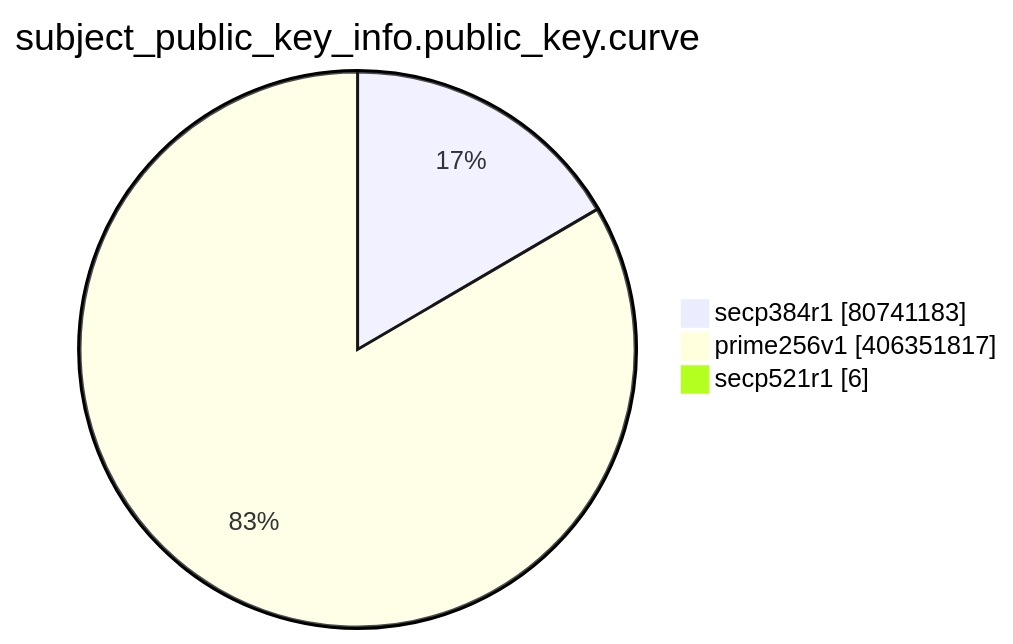
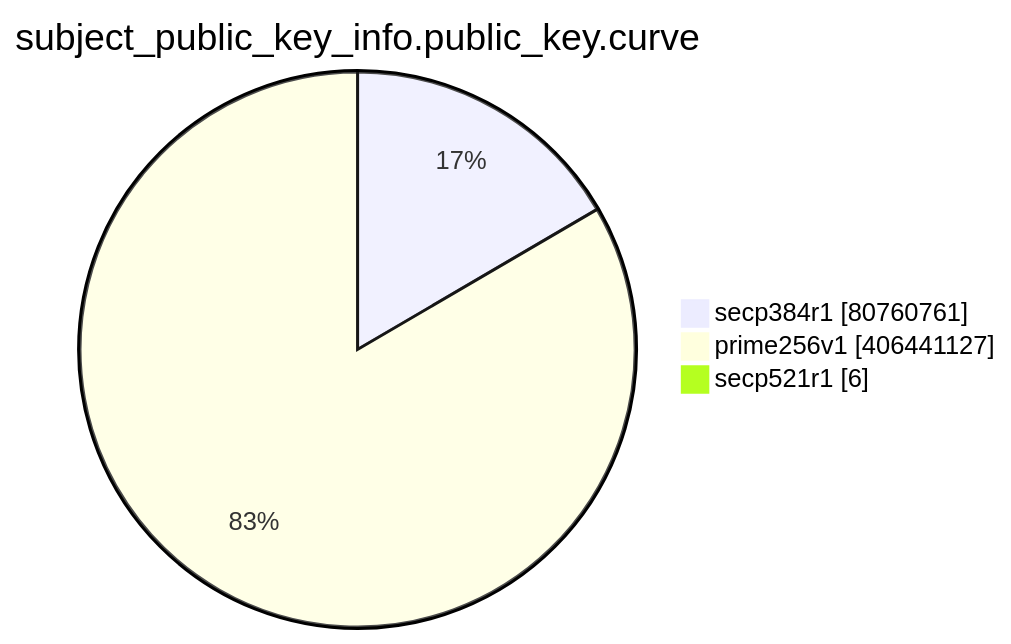
Before and after one commit to christiankrug/ctmonitor_visualization: the eighth of 15 diagrams in TOTAL/README.md, drawn with Mermaid. The commit also changed other lines of this file, not shown here.

````diff
--- a/TOTAL/README.md
+++ b/TOTAL/README.md
@@ -3095,7 +3095,7 @@
 ```mermaid
 pie showData
 title subject_public_key_info.public_key.curve
-"secp384r1" :80741183
-"prime256v1" :406351817
+"secp384r1" :80760761
+"prime256v1" :406441127
 "secp521r1" :6
 ```
````
